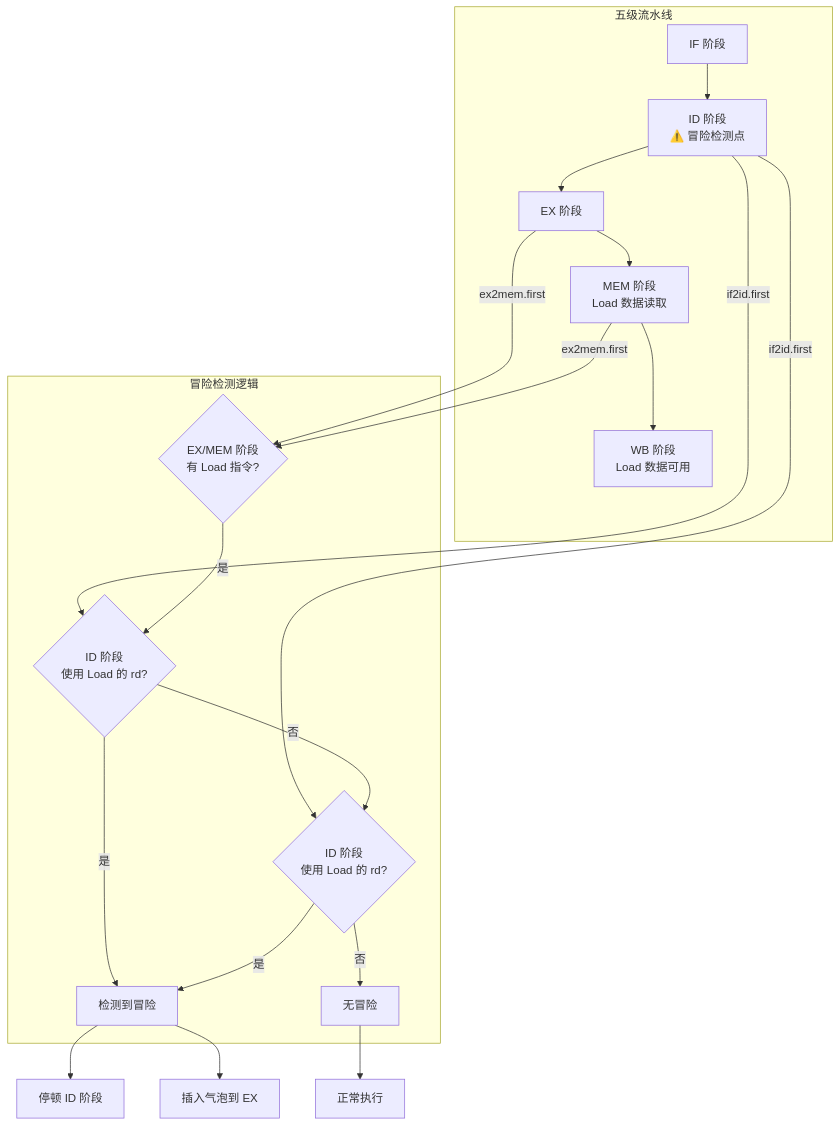
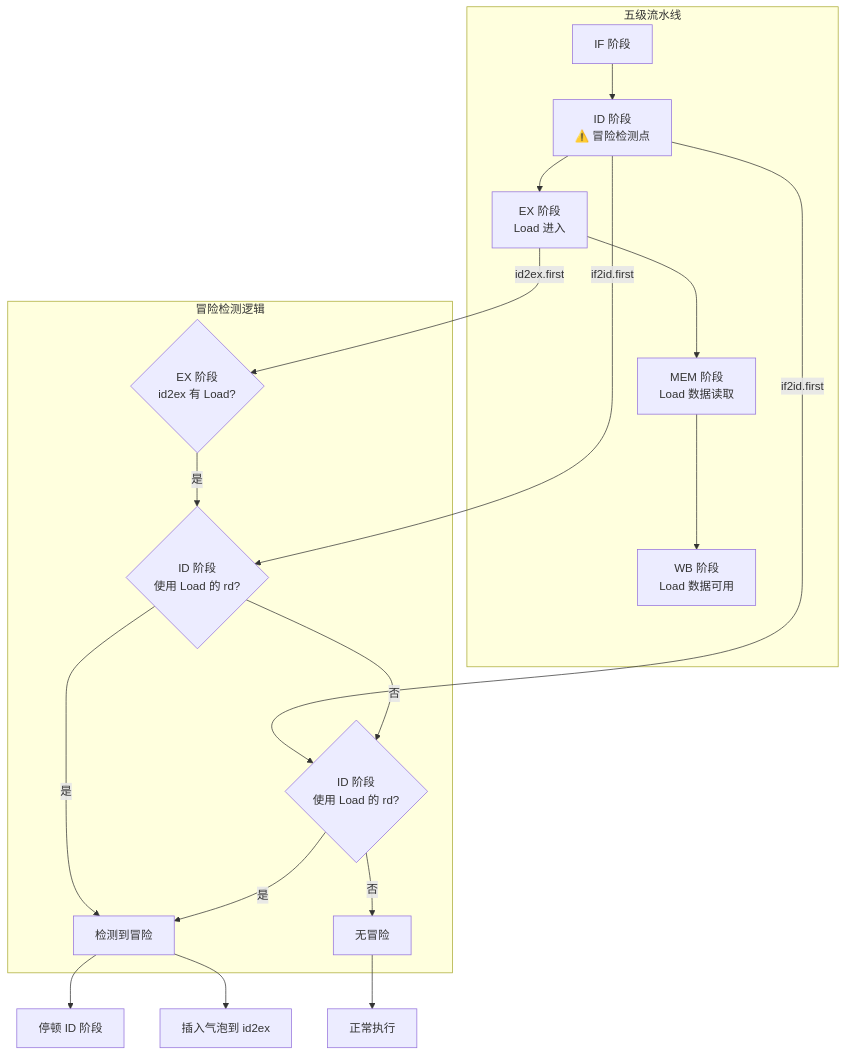
Before and after one commit to daivy2333/riscv-bsv-processor: the first of 5 diagrams in docs/load-use-hazard.md, drawn with Mermaid. The commit also changed other lines of this file and 6 other files, not shown here.

````diff
--- a/docs/load-use-hazard.md
+++ b/docs/load-use-hazard.md
@@ -7,32 +7,31 @@
 ```mermaid
 flowchart TB
     subgraph Pipeline["五级流水线"]
         IF[IF 阶段]
         ID[ID 阶段<br/>⚠️ 冒险检测点]
-        EX[EX 阶段]
+        EX[EX 阶段<br/>Load 进入]
         MEM[MEM 阶段<br/>Load 数据读取]
         WB[WB 阶段<br/>Load 数据可用]
         IF --> ID --> EX --> MEM --> WB
     end
 
     subgraph HazardDetection["冒险检测逻辑"]
-        CheckLoad{EX/MEM 阶段<br/>有 Load 指令?}
+        CheckLoad{EX 阶段<br/>id2ex 有 Load?}
         CheckRs1{ID 阶段<br/>使用 Load 的 rd?}
         CheckRs2{ID 阶段<br/>使用 Load 的 rd?}
 
-        EX -->|"ex2mem.first"| CheckLoad
-        MEM -->|"ex2mem.first"| CheckLoad
+        EX -->|"id2ex.first"| CheckLoad
         ID -->|"if2id.first"| CheckRs1
         ID -->|"if2id.first"| CheckRs2
 
         CheckLoad -->|是| CheckRs1
         CheckRs1 -->|是| Hazard[检测到冒险]
         CheckRs1 -->|否| CheckRs2
         CheckRs2 -->|是| Hazard
         CheckRs2 -->|否| NoHazard[无冒险]
     end
 
     Hazard --> Stall[停顿 ID 阶段]
-    Hazard --> Bubble[插入气泡到 EX]
+    Hazard --> Bubble[插入气泡到 id2ex]
     NoHazard --> Normal[正常执行]
 ```
````
